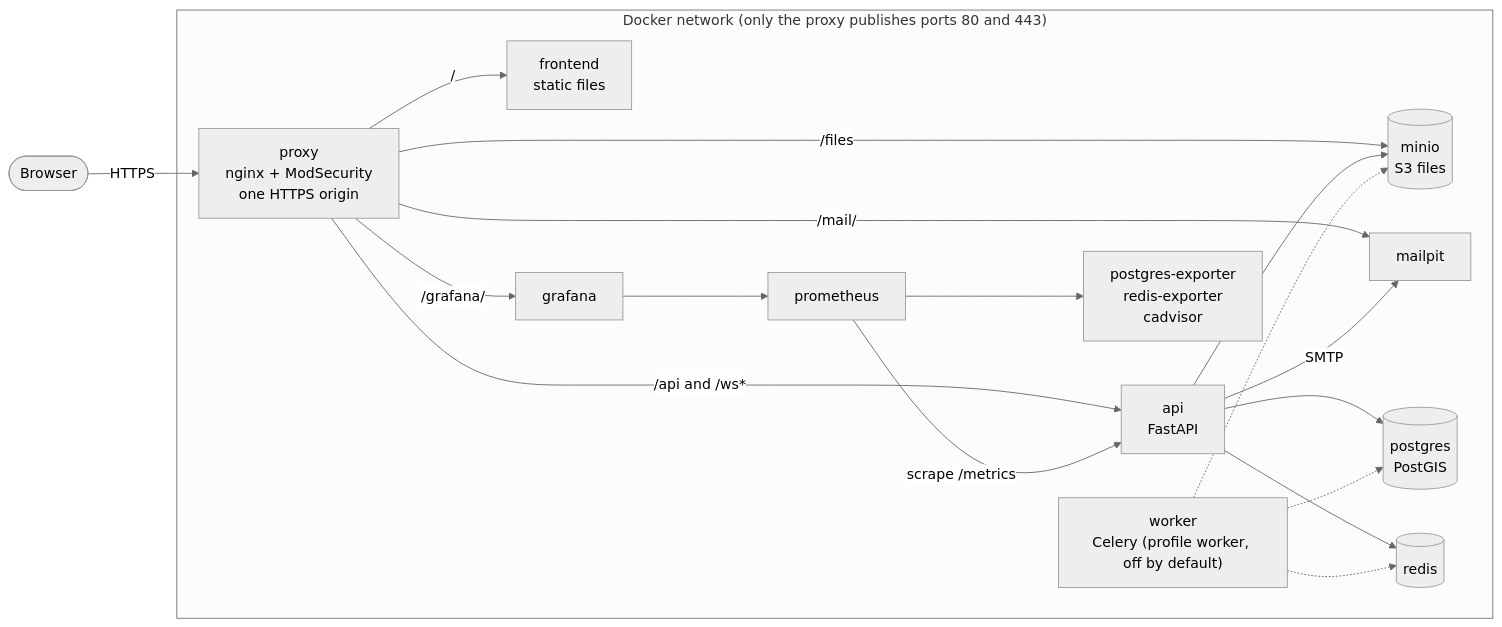
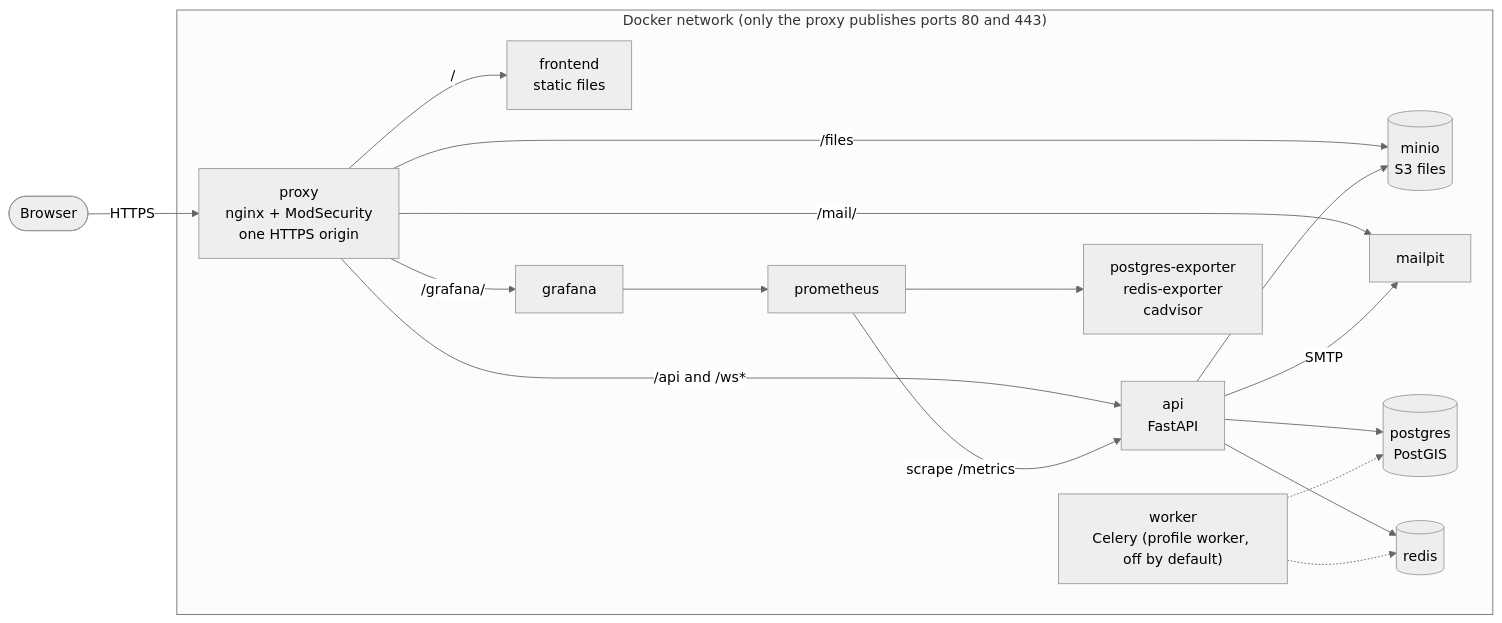
The diagram in README.md (Khalil-QadDoura/ft_transcendence), drawn with Mermaid (neutral theme) before and after one commit.

Commit message:
docs(readme): drop the worker-to-MinIO arrow (#DOC-05)

````diff
--- a/README.md
+++ b/README.md
@@ -163,41 +163,40 @@
 ```mermaid
 flowchart LR
     browser([Browser])
 
     subgraph host["Docker network (only the proxy publishes ports 80 and 443)"]
         proxy["proxy<br/>nginx + ModSecurity<br/>one HTTPS origin"]
 
         frontend["frontend<br/>static files"]
         api["api<br/>FastAPI"]
         minio[("minio<br/>S3 files")]
         grafana["grafana"]
         mailpit["mailpit"]
 
         db[("postgres<br/>PostGIS")]
         redis[("redis")]
         worker["worker<br/>Celery (profile worker, off by default)"]
 
         prometheus["prometheus"]
         exporters["postgres-exporter<br/>redis-exporter<br/>cadvisor"]
     end
 
     browser -->|HTTPS| proxy
     proxy -->|"/"| frontend
     proxy -->|"/api and /ws*"| api
     proxy -->|"/files"| minio
     proxy -->|"/grafana/"| grafana
     proxy -->|"/mail/"| mailpit
 
     api --> db
     api --> redis
     api --> minio
     api -->|SMTP| mailpit
 
     worker -.-> redis
     worker -.-> db
-    worker -.-> minio
 
     prometheus -->|"scrape /metrics"| api
     prometheus --> exporters
     grafana --> prometheus
 ```
````
